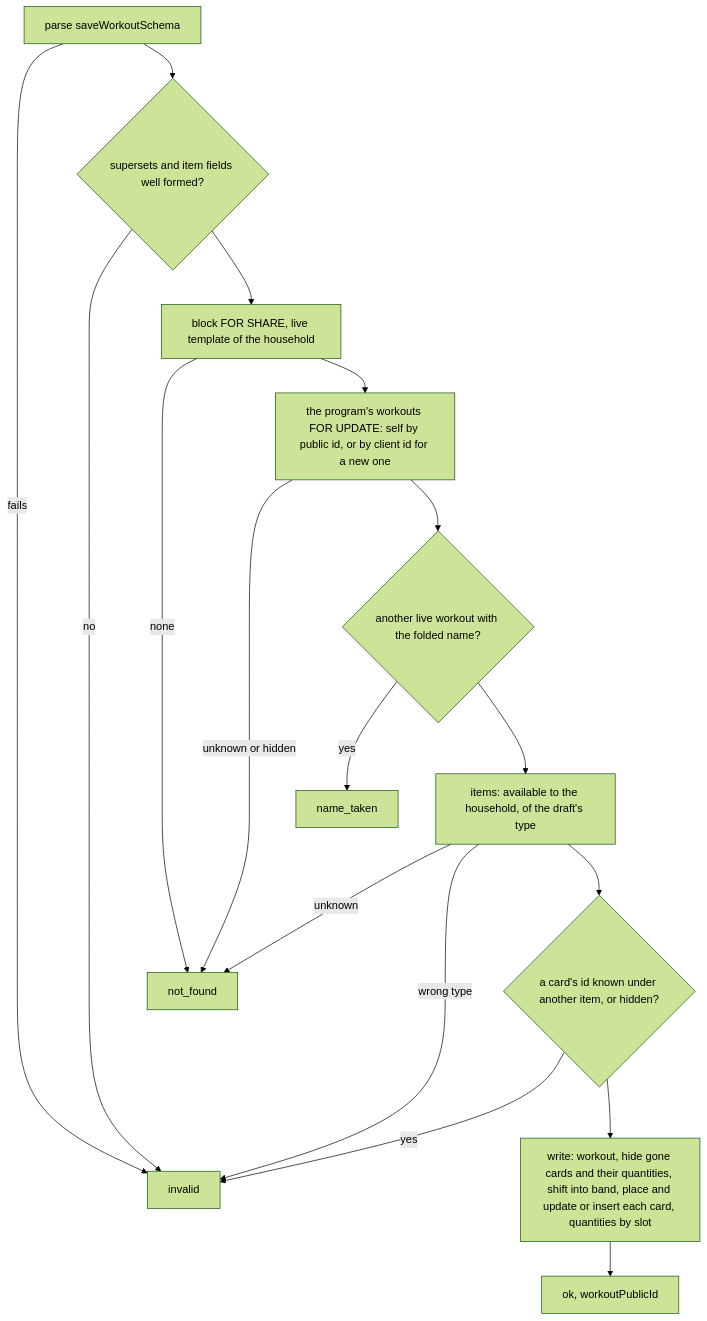
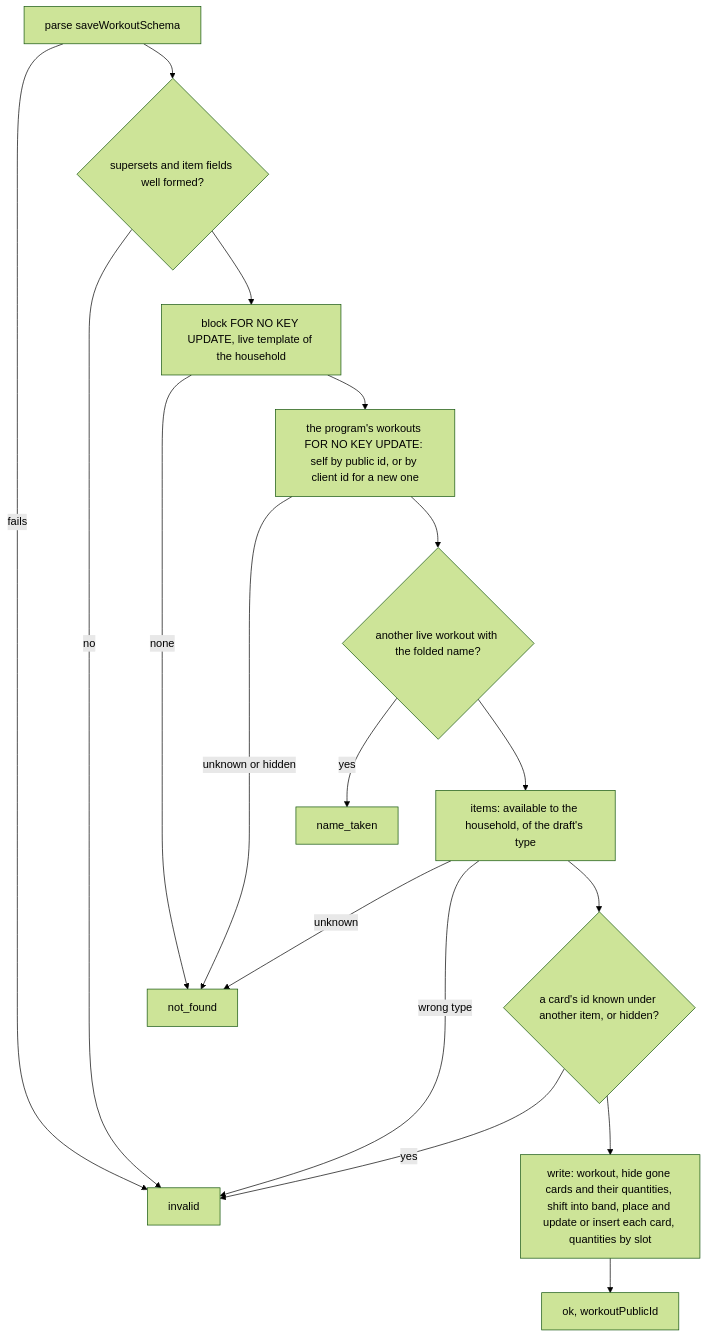
The diagram in docs/features/program-writers.md (ralamode/mat-plan), drawn with Mermaid (forest theme) before and after one commit. The commit also changed other lines of this file and 21 other files, not shown here.

````diff
--- a/docs/features/program-writers.md
+++ b/docs/features/program-writers.md
@@ -110,19 +108,19 @@
 ```mermaid
 flowchart TD
   P[parse saveWorkoutSchema] -->|fails| I1[invalid]
   P --> S{supersets and item fields well formed?}
   S -->|no| I1
-  S --> B[block FOR SHARE, live template of the household]
+  S --> B[block FOR NO KEY UPDATE, live template of the household]
   B -->|none| N[not_found]
-  B --> W[the program's workouts FOR UPDATE: self by public id, or by client id for a new one]
+  B --> W[the program's workouts FOR NO KEY UPDATE: self by public id, or by client id for a new one]
   W -->|unknown or hidden| N
   W --> T{another live workout with the folded name?}
   T -->|yes| NT[name_taken]
   T --> M[items: available to the household, of the draft's type]
   M -->|unknown| N
   M -->|wrong type| I1
   M --> R{a card's id known under another item, or hidden?}
   R -->|yes| I1
   R --> X[write: workout, hide gone cards and their quantities, shift into band, place and update or insert each card, quantities by slot]
   X --> OK["ok, workoutPublicId"]
 ```
````
